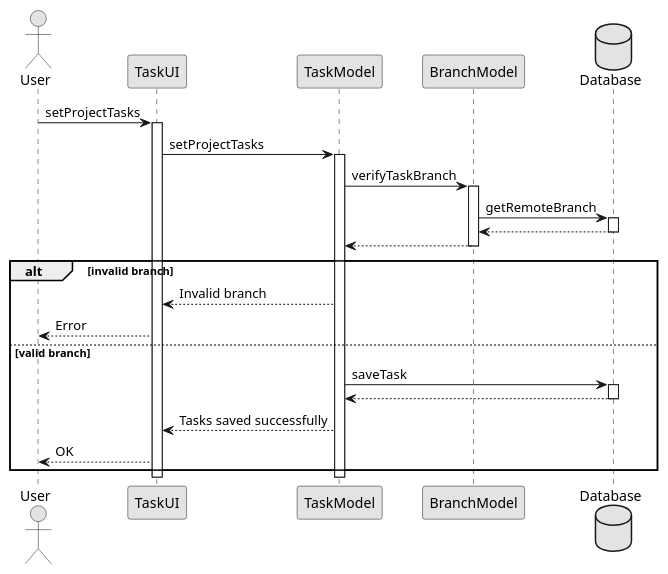
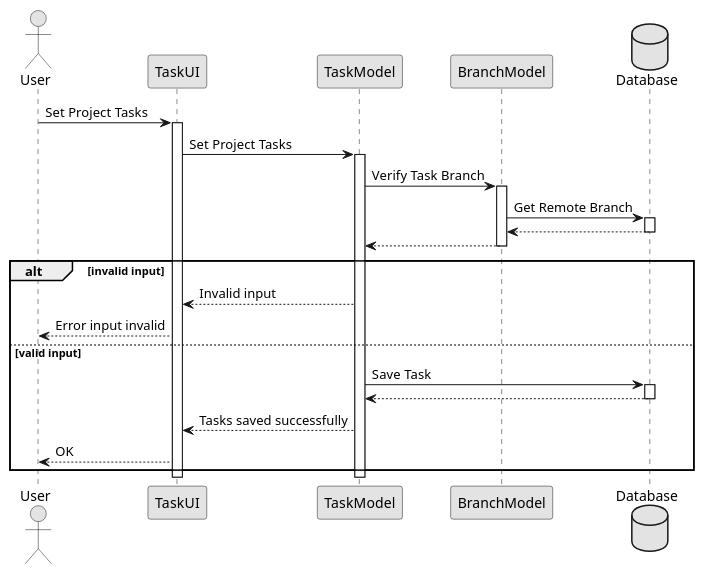
The diagram in docs/res/seq3.pu (imdar1/GitMonitor), drawn with PlantUML before and after one commit. The commit also changed 12 other files, not shown here.

```diff
--- a/docs/res/seq3.pu
+++ b/docs/res/seq3.pu
@@ -1,40 +1,40 @@
 @startuml sequence_diagram3
 skinparam monochrome true
 actor User as user
 participant "TaskUI" as i1
 participant "TaskModel" as a1
 participant "BranchModel" as a2
 database "Database" as db
 skinparam backgroundcolor transparent
 
-user -> i1: setProjectTasks
+user -> i1: Set Project Tasks
 activate i1
 
-i1 -> a1: setProjectTasks
+i1 -> a1: Set Project Tasks
 activate a1
 
-a1 -> a2: verifyTaskBranch
+a1 -> a2: Verify Task Branch
 activate a2
-a2 -> db: getRemoteBranch
+a2 -> db: Get Remote Branch
 activate db
 db --> a2
 deactivate db
 a2 --> a1
 deactivate a2
 
-alt invalid branch
-    a1 --> i1: Invalid branch
-    i1 --> user: Error
-else valid branch
-    a1 -> db: saveTask
+alt invalid input
+    a1 --> i1: Invalid input
+    i1 --> user: Error input invalid
+else valid input
+    a1 -> db: Save Task
     activate db
     db --> a1
     deactivate db
     a1 --> i1: Tasks saved successfully
     i1 --> user: OK
 end
 
 deactivate a1
 deactivate i1
 
 @enduml
```
